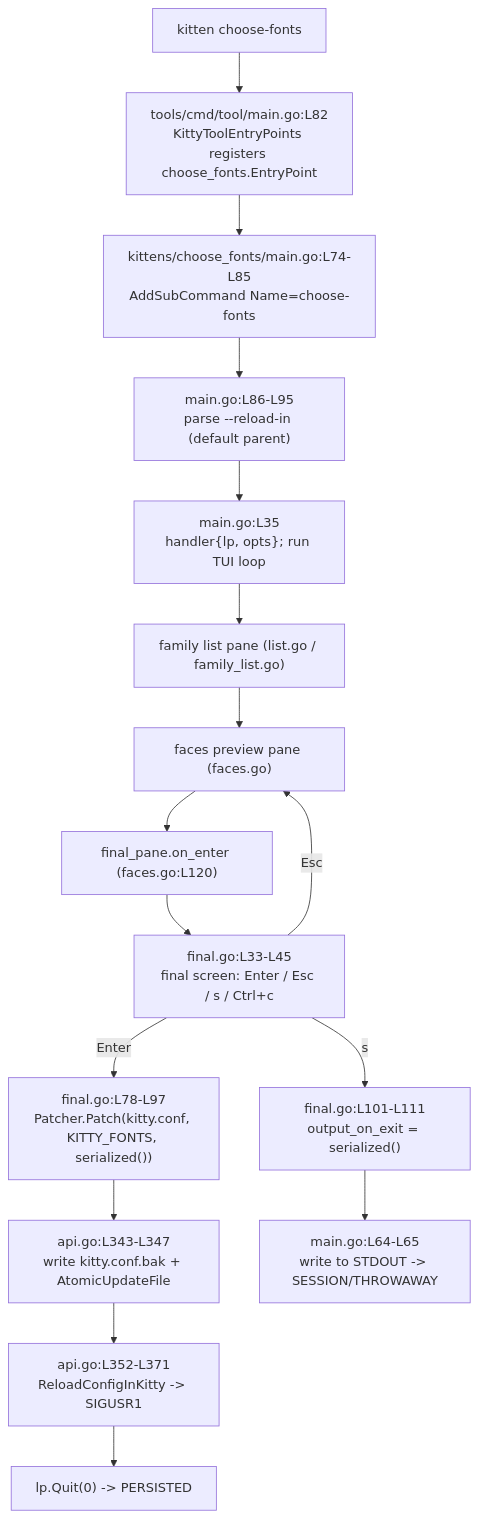
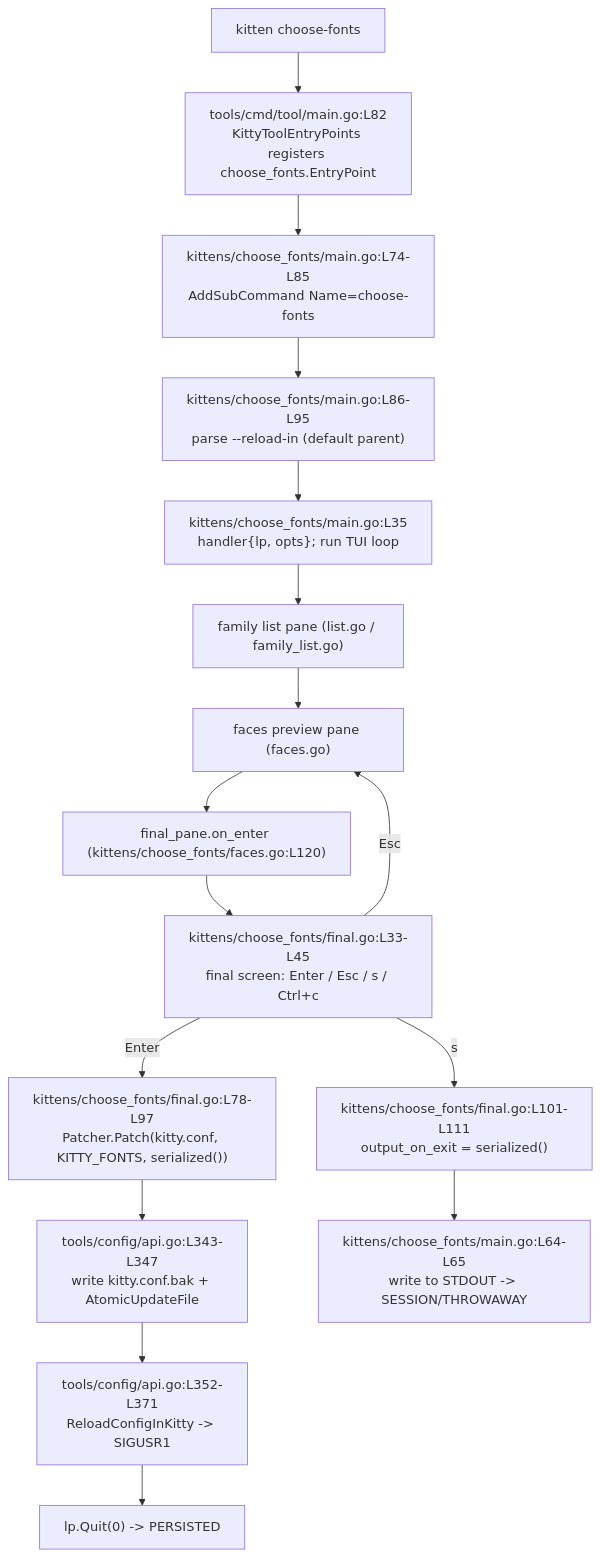
One commit to blitzy-research/kitty changed the diagram in blitzy/documentation/kitty_815df1e210e0.md. Above: the diagram before and after it, drawn with Mermaid. The commit also changed other lines of this file, not shown here.

First line of the commit message:
Address code review findings in choose-fonts Q&A deliverable

````diff
--- a/blitzy/documentation/kitty_815df1e210e0.md
+++ b/blitzy/documentation/kitty_815df1e210e0.md
@@ -30,18 +30,18 @@
 ```mermaid
 flowchart TD
     A["kitten choose-fonts"] --> B["tools/cmd/tool/main.go:L82<br/>KittyToolEntryPoints registers choose_fonts.EntryPoint"]
     B --> C["kittens/choose_fonts/main.go:L74-L85<br/>AddSubCommand Name=choose-fonts"]
-    C --> D["main.go:L86-L95<br/>parse --reload-in (default parent)"]
-    D --> E["main.go:L35<br/>handler{lp, opts}; run TUI loop"]
+    C --> D["kittens/choose_fonts/main.go:L86-L95<br/>parse --reload-in (default parent)"]
+    D --> E["kittens/choose_fonts/main.go:L35<br/>handler{lp, opts}; run TUI loop"]
     E --> F["family list pane (list.go / family_list.go)"]
     F --> G["faces preview pane (faces.go)"]
-    G --> H["final_pane.on_enter (faces.go:L120)"]
-    H --> I["final.go:L33-L45<br/>final screen: Enter / Esc / s / Ctrl+c"]
-    I -->|Enter| J["final.go:L78-L97<br/>Patcher.Patch(kitty.conf, KITTY_FONTS, serialized())"]
-    J --> K["api.go:L343-L347<br/>write kitty.conf.bak + AtomicUpdateFile"]
-    K --> L["api.go:L352-L371<br/>ReloadConfigInKitty -> SIGUSR1"]
+    G --> H["final_pane.on_enter (kittens/choose_fonts/faces.go:L120)"]
+    H --> I["kittens/choose_fonts/final.go:L33-L45<br/>final screen: Enter / Esc / s / Ctrl+c"]
+    I -->|Enter| J["kittens/choose_fonts/final.go:L78-L97<br/>Patcher.Patch(kitty.conf, KITTY_FONTS, serialized())"]
+    J --> K["tools/config/api.go:L343-L347<br/>write kitty.conf.bak + AtomicUpdateFile"]
+    K --> L["tools/config/api.go:L352-L371<br/>ReloadConfigInKitty -> SIGUSR1"]
     L --> M["lp.Quit(0) -> PERSISTED"]
-    I -->|s| N["final.go:L101-L111<br/>output_on_exit = serialized()"]
-    N --> O["main.go:L64-L65<br/>write to STDOUT -> SESSION/THROWAWAY"]
+    I -->|s| N["kittens/choose_fonts/final.go:L101-L111<br/>output_on_exit = serialized()"]
+    N --> O["kittens/choose_fonts/main.go:L64-L65<br/>write to STDOUT -> SESSION/THROWAWAY"]
     I -->|Esc| G
 ```
````
